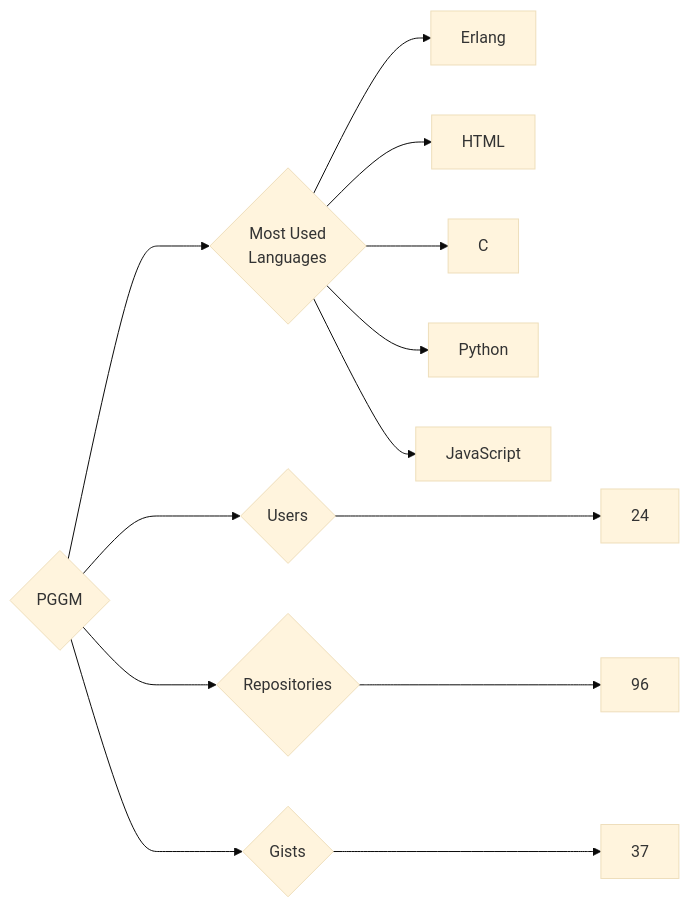
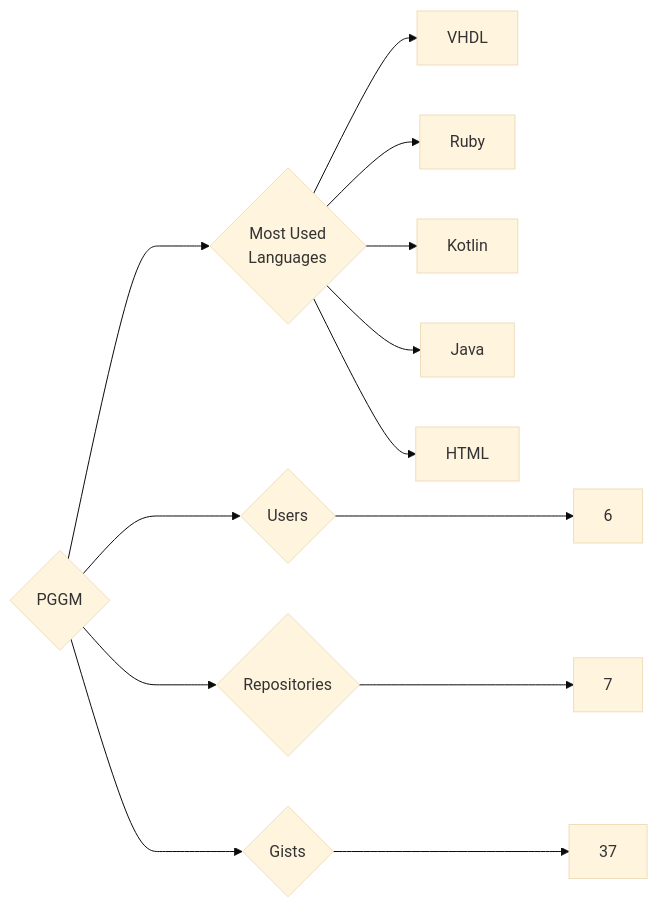
The diagram in targets/PGGM/README.md (trickest/insiders), drawn with Mermaid (base theme) before and after one commit. The commit also changed 797 other files, not shown here.

````diff
--- a/targets/PGGM/README.md
+++ b/targets/PGGM/README.md
@@ -3,13 +3,13 @@
 ```mermaid
 graph LR
 COMPANY_NAME{PGGM}
-COMPANY_NAME ---> U{Users} ---> UN[24]
-COMPANY_NAME ---> R{Repositories} ---> RN[96]
+COMPANY_NAME ---> U{Users} ---> UN[6]
+COMPANY_NAME ---> R{Repositories} ---> RN[7]
 COMPANY_NAME ---> G{Gists} ---> GN[37]
 COMPANY_NAME ---> ML{Most Used<br>Languages}
-ML --> Erlang[Erlang]
+ML --> VHDL[VHDL]
+ML --> Ruby[Ruby]
+ML --> Kotlin[Kotlin]
+ML --> Java[Java]
 ML --> HTML[HTML]
-ML --> C[C]
-ML --> Python[Python]
-ML --> JavaScript[JavaScript]
 ```
````
